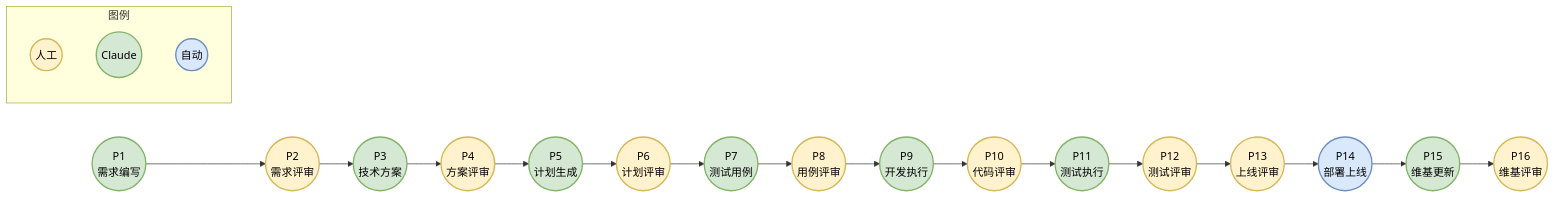
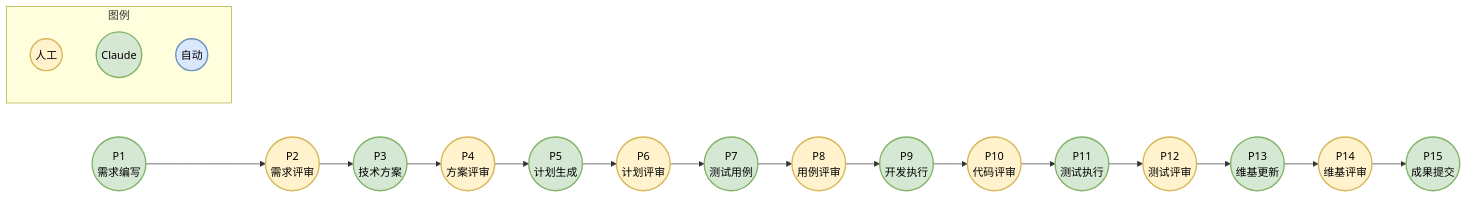
One commit to MTleen/cc-workflow changed the diagram in README.md. Above: the diagram before and after it, drawn with Mermaid. The commit also changed other lines of this file and 87 other files, not shown here.

````diff
--- a/README.md
+++ b/README.md
@@ -96,33 +96,32 @@
 ```mermaid
 flowchart LR
     %% 主流程
     P1((P1<br/>需求编写)):::claude --> P2((P2<br/>需求评审)):::human
     P2 --> P3((P3<br/>技术方案)):::claude
     P3 --> P4((P4<br/>方案评审)):::human
     P4 --> P5((P5<br/>计划生成)):::claude
     P5 --> P6((P6<br/>计划评审)):::human
 
     P6 --> P7((P7<br/>测试用例)):::claude
     P7 --> P8((P8<br/>用例评审)):::human
     P8 --> P9((P9<br/>开发执行)):::claude
     P9 --> P10((P10<br/>代码评审)):::human
     P10 --> P11((P11<br/>测试执行)):::claude
     P11 --> P12((P12<br/>测试评审)):::human
 
-    P12 --> P13((P13<br/>上线评审)):::human
-    P13 --> P14((P14<br/>部署上线)):::auto
-    P14 --> P15((P15<br/>维基更新)):::claude
-    P15 --> P16((P16<br/>维基评审)):::human
+    P12 --> P13((P13<br/>维基更新)):::claude
+    P13 --> P14((P14<br/>维基评审)):::human
+    P14 --> P15((P15<br/>成果提交)):::claude
 
     %% 样式定义
     classDef human fill:#fff2cc,stroke:#d6b656,stroke-width:2px,color:#000
     classDef claude fill:#d5e8d4,stroke:#82b366,stroke-width:2px,color:#000
     classDef auto fill:#dae8fc,stroke:#6c8ebf,stroke-width:2px,color:#000
 
     %% 图例
     subgraph legend[图例]
         L1((人工)):::human
         L2((Claude)):::claude
         L3((自动)):::auto
     end
 ```
````
